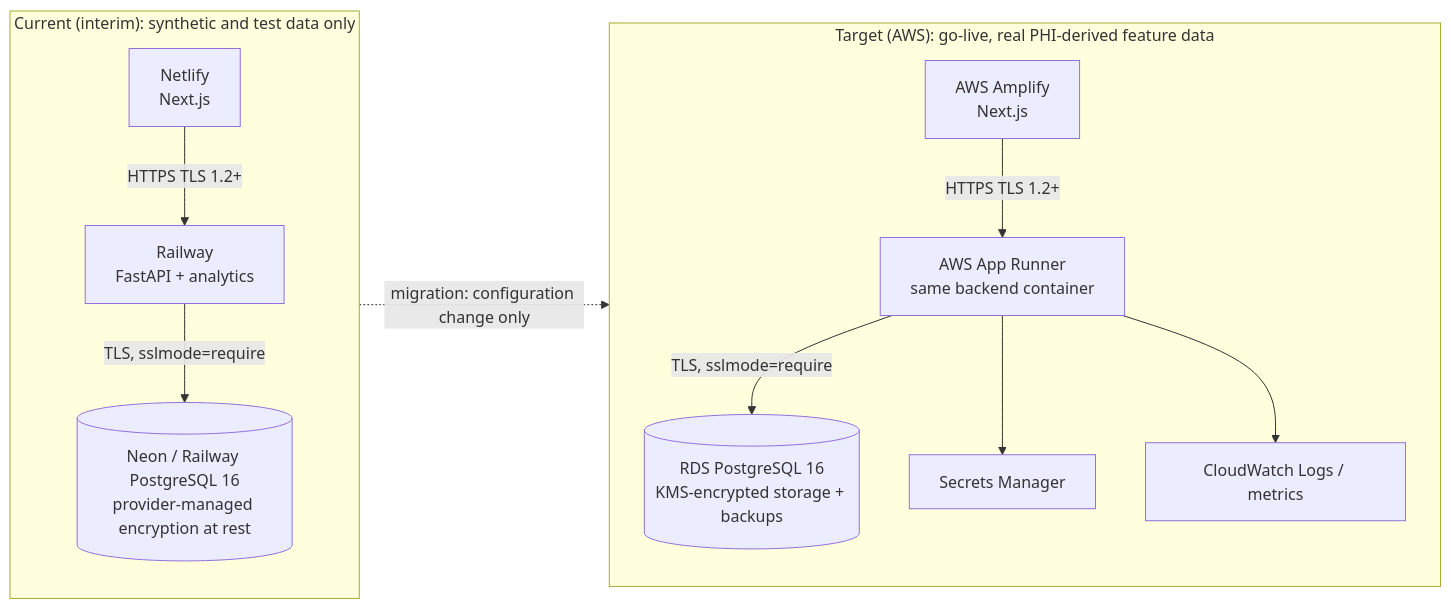
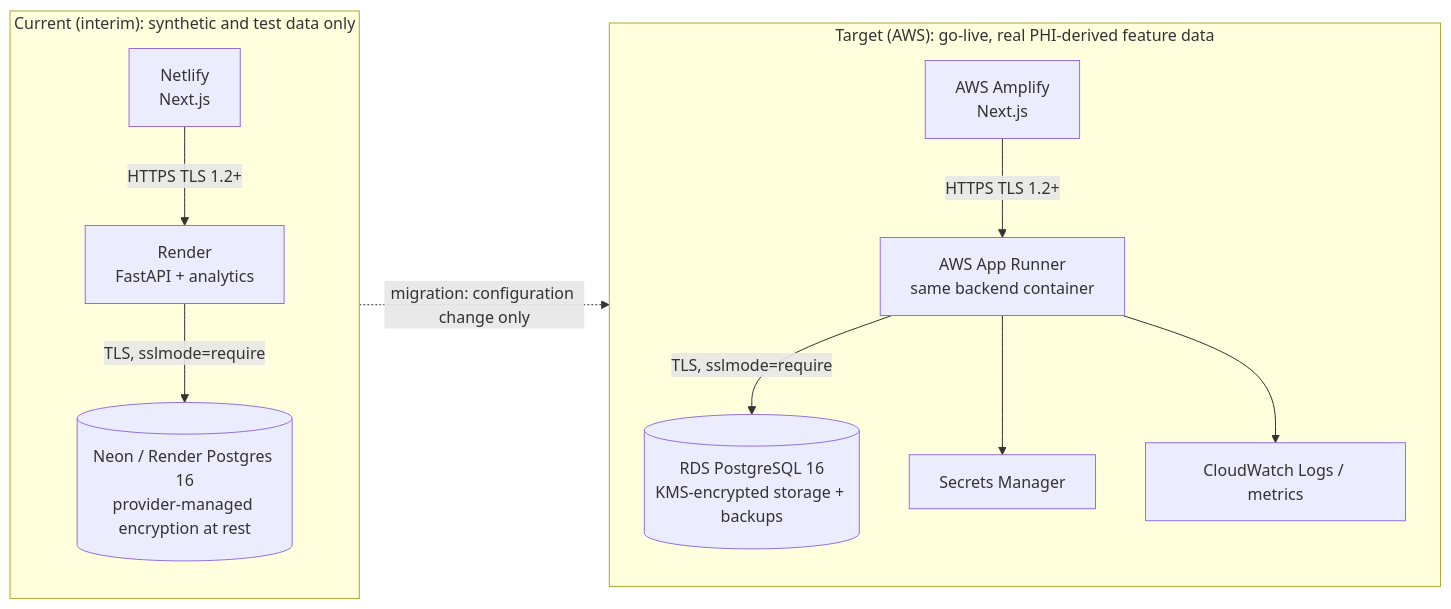
Before and after one commit to EchoWellApp/echowell: the seventh of 7 diagrams in specs/TRD/01_System_Architecture_TRD.md, drawn with Mermaid. The commit also changed other lines of this file and 60 other files, not shown here.

First line of the commit message:
docs(deploy): move the interim backend host from Railway to Render (D-153)

````diff
--- a/specs/TRD/01_System_Architecture_TRD.md
+++ b/specs/TRD/01_System_Architecture_TRD.md
@@ -368,12 +368,12 @@
 ```mermaid
 flowchart LR
     subgraph Current["Current (interim): synthetic and test data only"]
-        C1["Netlify<br/>Next.js"] -->|HTTPS TLS 1.2+| C2["Railway<br/>FastAPI + analytics"] -->|"TLS, sslmode=require"| C3[("Neon / Railway PostgreSQL 16<br/>provider-managed encryption at rest")]
+        C1["Netlify<br/>Next.js"] -->|HTTPS TLS 1.2+| C2["Render<br/>FastAPI + analytics"] -->|"TLS, sslmode=require"| C3[("Neon / Render Postgres 16<br/>provider-managed encryption at rest")]
     end
     subgraph Target["Target (AWS): go-live, real PHI-derived feature data"]
         T1["AWS Amplify<br/>Next.js"] -->|HTTPS TLS 1.2+| T2["AWS App Runner<br/>same backend container"] -->|"TLS, sslmode=require"| T3[("RDS PostgreSQL 16<br/>KMS-encrypted storage + backups")]
         T2 --> T4["Secrets Manager"]
         T2 --> T5["CloudWatch Logs / metrics"]
     end
     Current -. "migration: configuration change only" .-> Target
 ```
````
